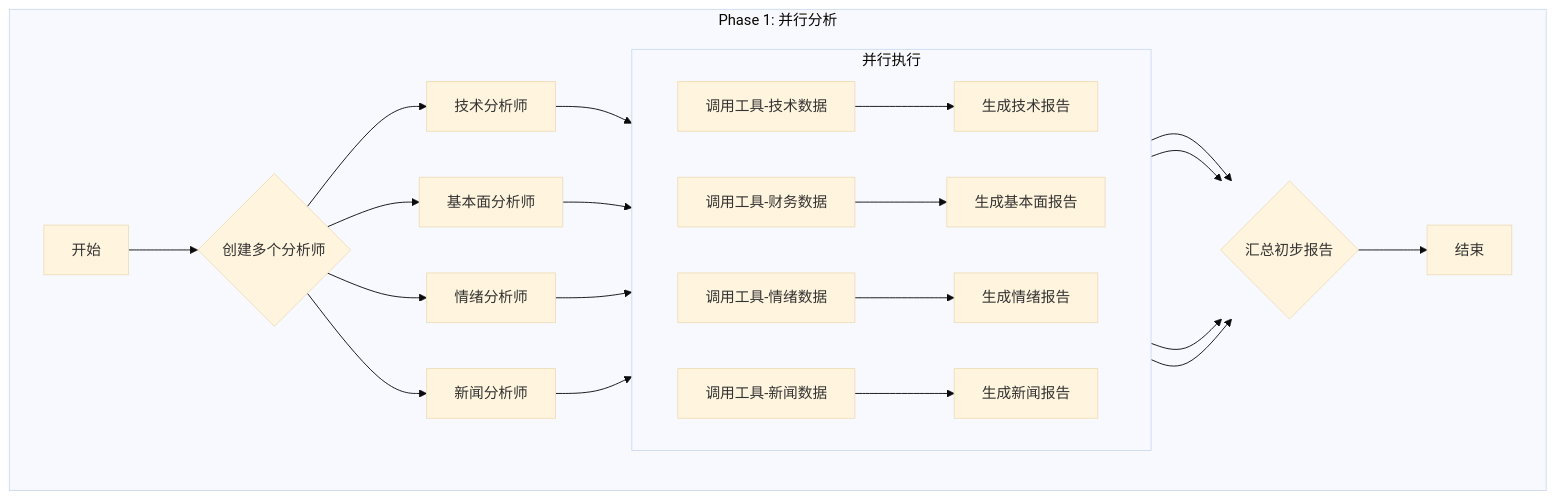
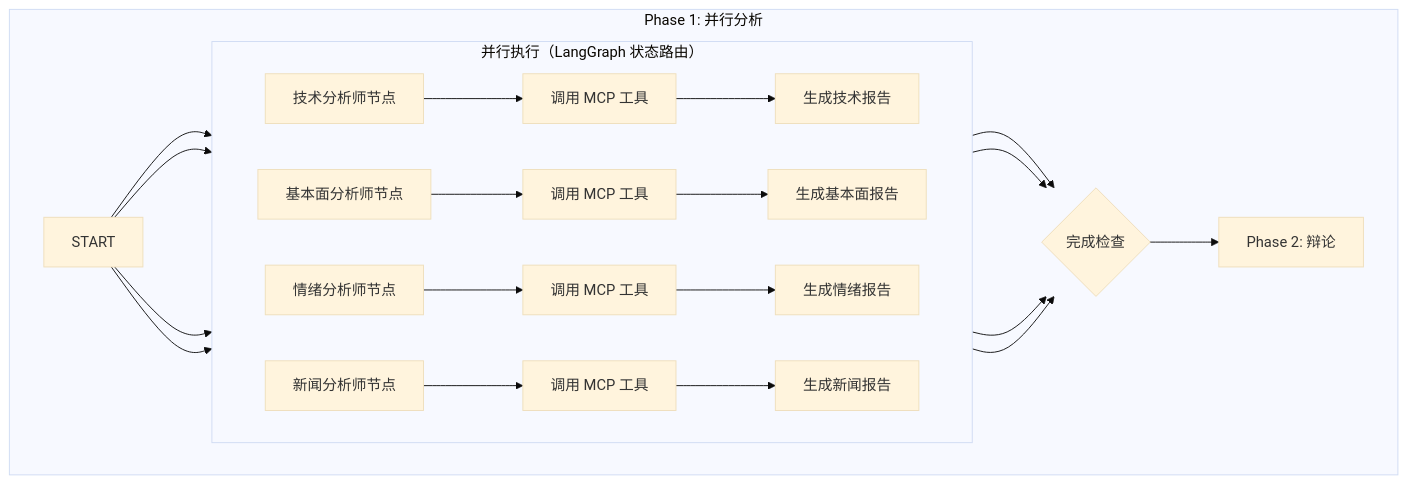
The second of 5 diagrams in docs/TradingAgents/TradingAgents业务流程.md (BG8CFB/StockAnalysis), drawn with Mermaid (base theme) before and after one commit. The commit also changed other lines of this file and 42 other files, not shown here.

````diff
--- a/docs/TradingAgents/TradingAgents业务流程.md
+++ b/docs/TradingAgents/TradingAgents业务流程.md
@@ -64,30 +78,29 @@
 ```mermaid
 graph TD
     subgraph "Phase 1: 并行分析"
-        P1_Start[开始] --> P1_Create{创建多个分析师};
-        P1_Create --> P1_Tech[技术分析师];
-        P1_Create --> P1_Fund[基本面分析师];
-        P1_Create --> P1_Senti[情绪分析师];
-        P1_Create --> P1_News[新闻分析师];
+        P1_Start[START] --> P1_Tech[技术分析师节点];
+        P1_Start --> P1_Fund[基本面分析师节点];
+        P1_Start --> P1_Senti[情绪分析师节点];
+        P1_Start --> P1_News[新闻分析师节点];
 
-        P1_Tech --> P1_Tech_Tool[调用工具-技术数据];
-        P1_Fund --> P1_Fund_Tool[调用工具-财务数据];
-        P1_Senti --> P1_Senti_Tool[调用工具-情绪数据];
-        P1_News --> P1_News_Tool[调用工具-新闻数据];
+        subgraph "并行执行（LangGraph 状态路由）"
+            direction LR
+            P1_Tech --> P1_Tech_Tool[调用 MCP 工具];
+            P1_Fund --> P1_Fund_Tool[调用 MCP 工具];
+            P1_Senti --> P1_Senti_Tool[调用 MCP 工具];
+            P1_News --> P1_News_Tool[调用 MCP 工具];
 
-        subgraph "并行执行"
-            direction LR
             P1_Tech_Tool --> P1_Tech_Report[生成技术报告];
             P1_Fund_Tool --> P1_Fund_Report[生成基本面报告];
             P1_Senti_Tool --> P1_Senti_Report[生成情绪报告];
             P1_News_Tool --> P1_News_Report[生成新闻报告];
         end
 
-        P1_Tech_Report --> P1_Collect;
-        P1_Fund_Report --> P1_Collect;
-        P1_Senti_Report --> P1_Collect;
-        P1_News_Report --> P1_Collect;
-        
-        P1_Collect{汇总初步报告} --> P1_End[结束];
+        P1_Tech_Report --> P1_Check{完成检查};
+        P1_Fund_Report --> P1_Check;
+        P1_Senti_Report --> P1_Check;
+        P1_News_Report --> P1_Check;
+
+        P1_Check --> P1_Next[Phase 2: 辩论];
     end
 ```
````
